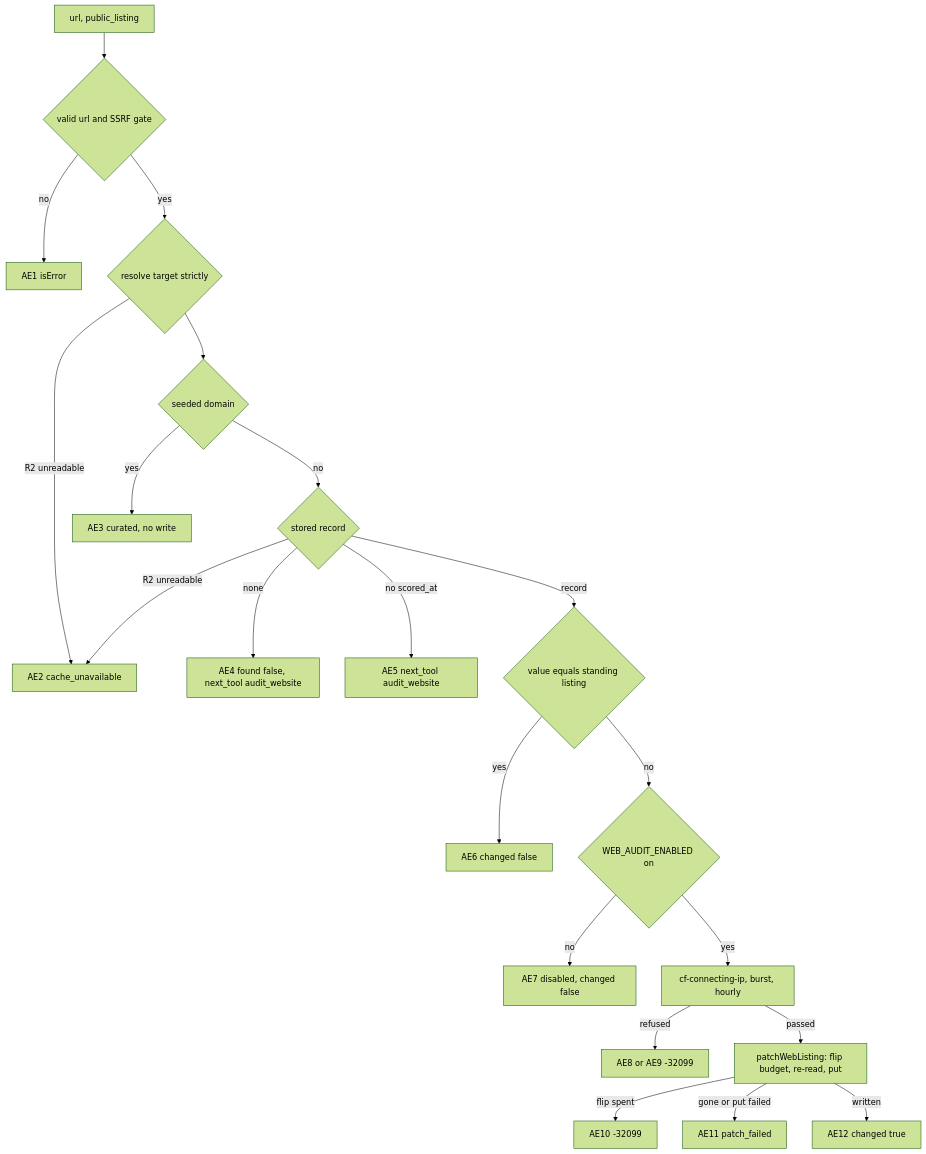
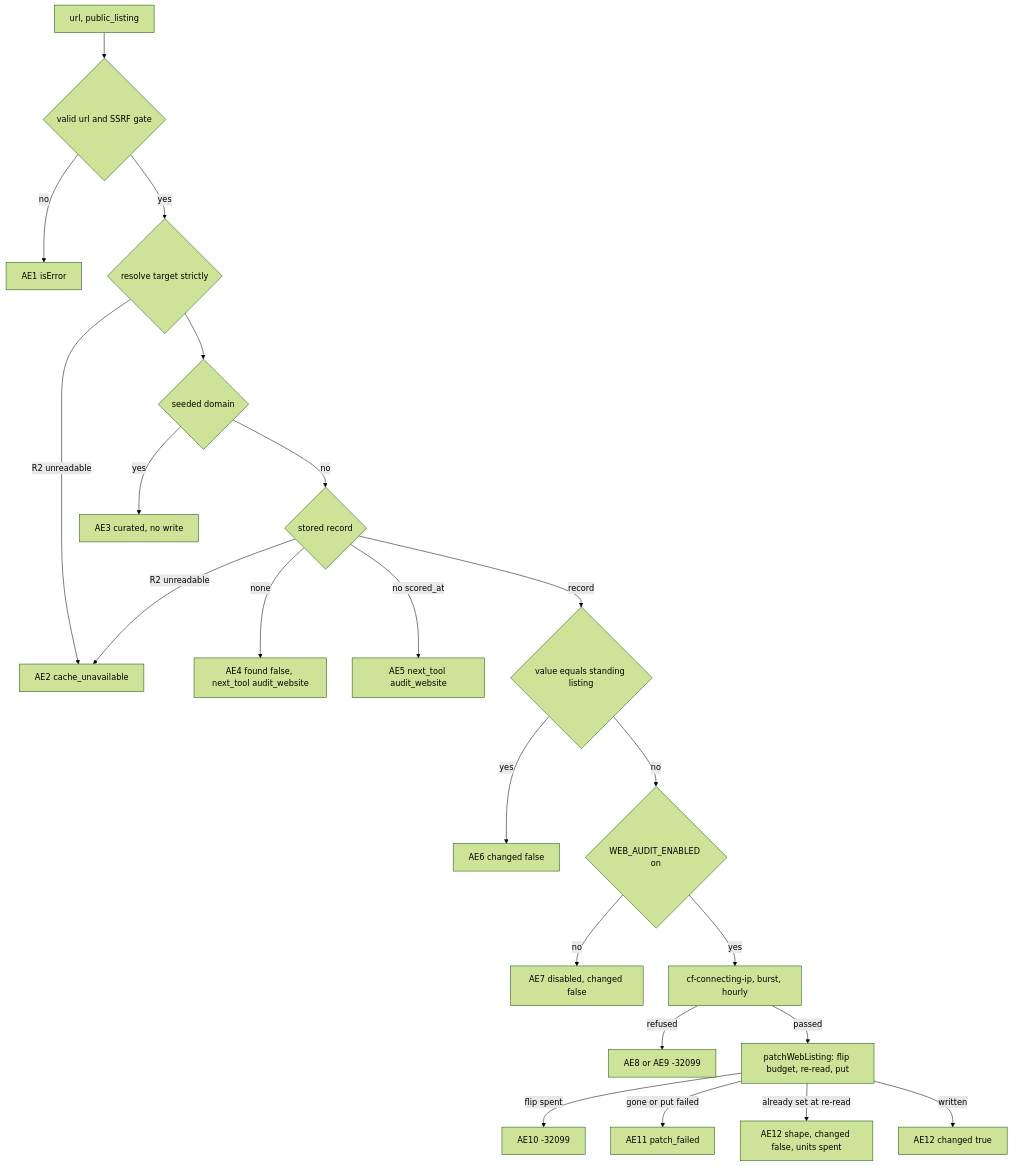
The first of 3 diagrams in docs/plans/2026-11-11-1414-feat-mcp-website-listing-tool-plan.md (brettdavies/agentnative-site), drawn with Mermaid (forest theme) before and after one commit. The commit also changed other lines of this file, not shown here.

````diff
--- a/docs/plans/2026-11-11-1414-feat-mcp-website-listing-tool-plan.md
+++ b/docs/plans/2026-11-11-1414-feat-mcp-website-listing-tool-plan.md
@@ -176,23 +177,24 @@
 ```mermaid
 flowchart TB
   A[url, public_listing] --> B{valid url and SSRF gate}
   B -->|no| E1[AE1 isError]
   B -->|yes| C{resolve target strictly}
   C -->|R2 unreadable| E2[AE2 cache_unavailable]
   C --> D{seeded domain}
   D -->|yes| R3[AE3 curated, no write]
   D -->|no| F{stored record}
   F -->|R2 unreadable| E2
   F -->|none| R4[AE4 found false, next_tool audit_website]
   F -->|no scored_at| R5[AE5 next_tool audit_website]
   F -->|record| G{value equals standing listing}
   G -->|yes| R6[AE6 changed false]
   G -->|no| H{WEB_AUDIT_ENABLED on}
   H -->|no| R7[AE7 disabled, changed false]
   H -->|yes| I[cf-connecting-ip, burst, hourly]
   I -->|refused| R8[AE8 or AE9 -32099]
   I -->|passed| J[patchWebListing: flip budget, re-read, put]
   J -->|flip spent| R10[AE10 -32099]
   J -->|gone or put failed| R11[AE11 patch_failed]
+  J -->|already set at re-read| R13[AE12 shape, changed false, units spent]
   J -->|written| R12[AE12 changed true]
 ```
````
